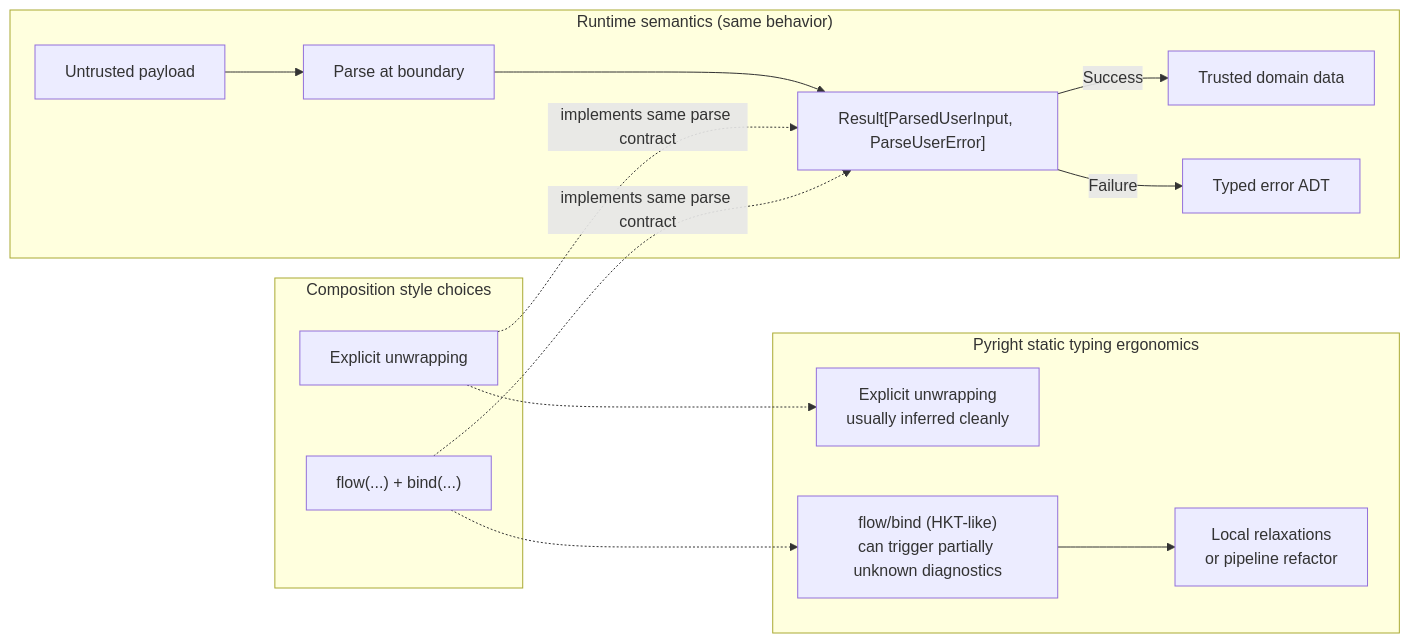
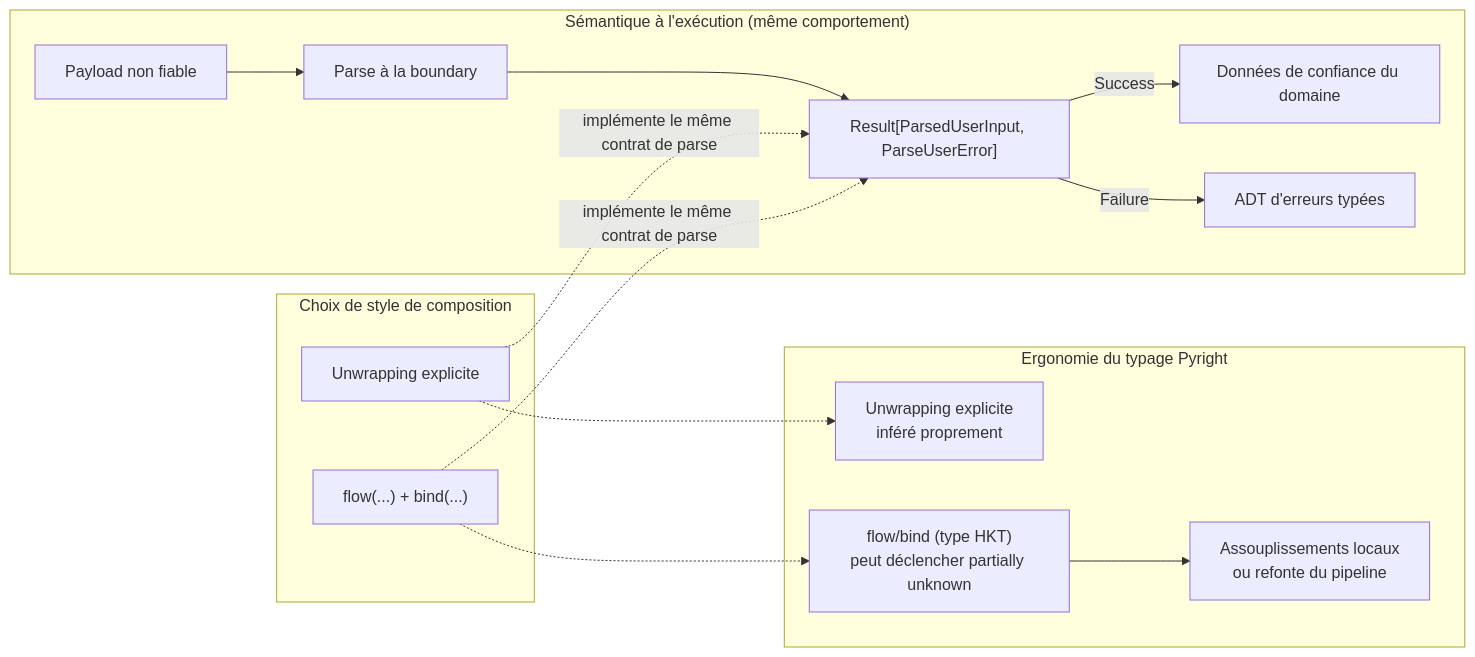
The diagram in LiveCoding/module_01_never_trust_input/module_01_never_trust_input.md (guillaumeagile/prog-defensive-py), drawn with Mermaid before and after one commit. The commit also changed other lines of this file and 33 other files, not shown here.

````diff
--- a/LiveCoding/module_01_never_trust_input/module_01_never_trust_input.md
+++ b/LiveCoding/module_01_never_trust_input/module_01_never_trust_input.md
@@ -277,25 +265,25 @@
 ```mermaid
 flowchart LR
-  subgraph Runtime["Runtime semantics (same behavior)"]
-    A["Untrusted payload"] --> B["Parse at boundary"]
+  subgraph Runtime["Sémantique à l'exécution (même comportement)"]
+    A["Payload non fiable"] --> B["Parse à la boundary"]
     B --> C["Result[ParsedUserInput, ParseUserError]"]
-    C -->|Success| D["Trusted domain data"]
-    C -->|Failure| E["Typed error ADT"]
+    C -->|Success| D["Données de confiance du domaine"]
+    C -->|Failure| E["ADT d'erreurs typées"]
   end
 
-  subgraph Style["Composition style choices"]
-    S1["Explicit unwrapping"]
+  subgraph Style["Choix de style de composition"]
+    S1["Unwrapping explicite"]
     S2["flow(...) + bind(...)"]
   end
 
-  subgraph Typing["Pyright static typing ergonomics"]
-    T1["Explicit unwrapping<br/>usually inferred cleanly"]
-    T2["flow/bind (HKT-like)<br/>can trigger partially unknown diagnostics"]
-    T3["Local relaxations<br/>or pipeline refactor"]
+  subgraph Typing["Ergonomie du typage Pyright"]
+    T1["Unwrapping explicite<br/>inféré proprement"]
+    T2["flow/bind (type HKT)<br/>peut déclencher partially unknown"]
+    T3["Assouplissements locaux<br/>ou refonte du pipeline"]
   end
 
-  S1 -. "implements same parse contract" .-> C
-  S2 -. "implements same parse contract" .-> C
+  S1 -. "implémente le même contrat de parse" .-> C
+  S2 -. "implémente le même contrat de parse" .-> C
   S1 -.-> T1
   S2 -.-> T2 --> T3
 ```
````
